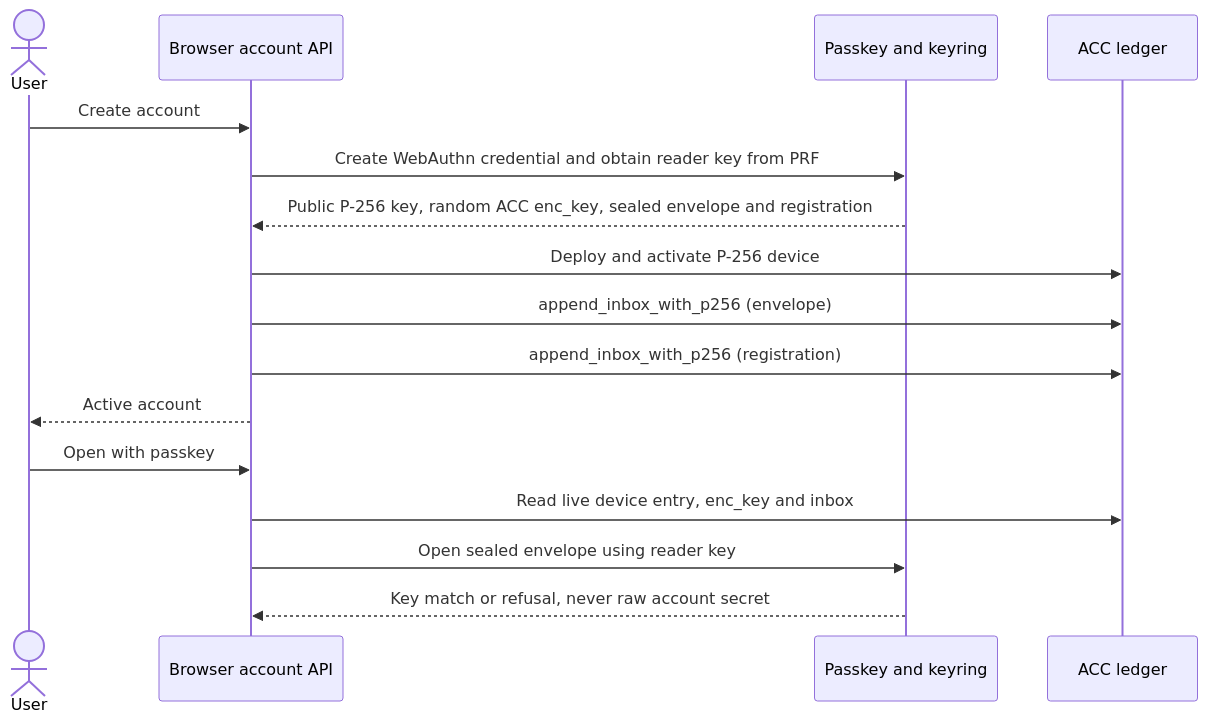
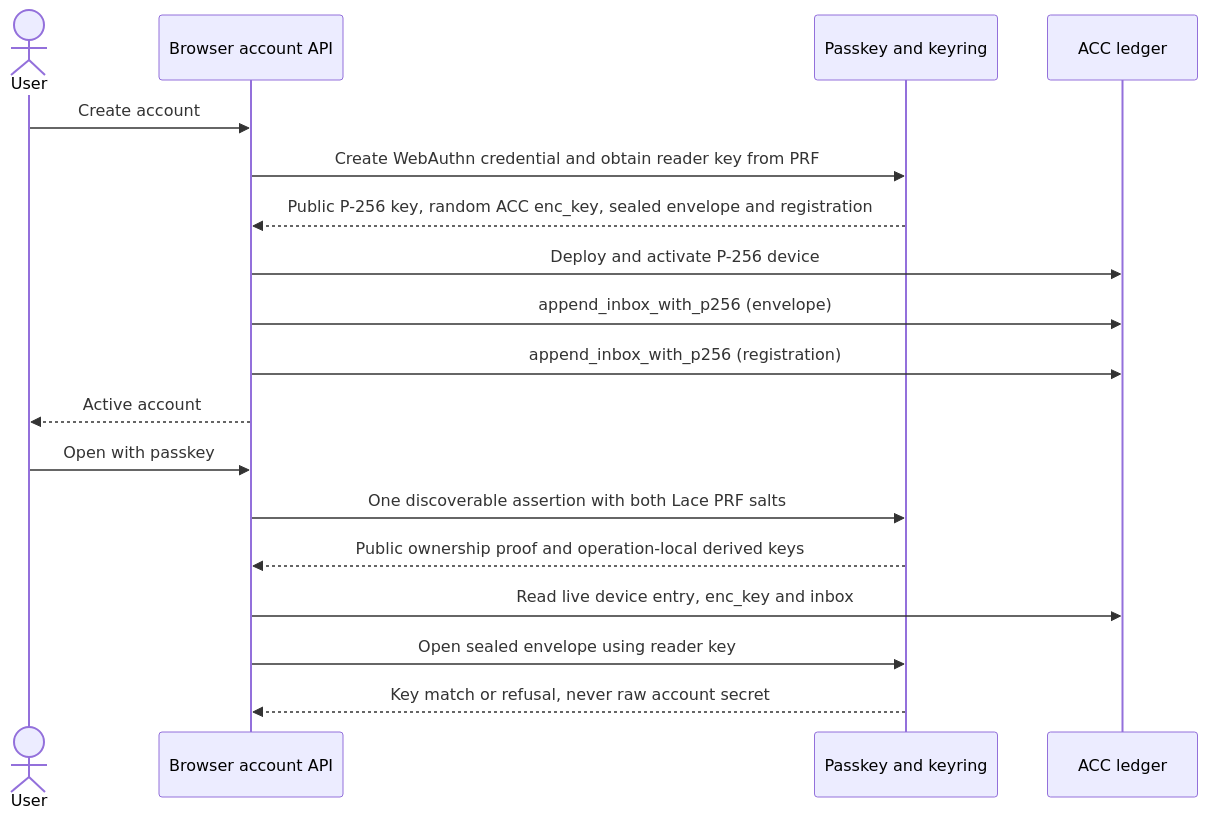
The first of 6 diagrams in docs/prototype/flows.md (input-output-hk/midnight-passport-sdk), drawn with Mermaid before and after one commit. The commit also changed other lines of this file and 25 other files, not shown here.

Commit message:
fix(webauthn): combine account login and PRF in one assertion

````diff
--- a/docs/prototype/flows.md
+++ b/docs/prototype/flows.md
@@ -16,18 +16,20 @@
 ```mermaid
 sequenceDiagram
   actor U as User
   participant P as Browser account API
   participant K as Passkey and keyring
   participant C as ACC ledger
   U->>P: Create account
   P->>K: Create WebAuthn credential and obtain reader key from PRF
   K-->>P: Public P-256 key, random ACC enc_key, sealed envelope and registration
   P->>C: Deploy and activate P-256 device
   P->>C: append_inbox_with_p256 (envelope)
   P->>C: append_inbox_with_p256 (registration)
   P-->>U: Active account
   U->>P: Open with passkey
+  P->>K: One discoverable assertion with both Lace PRF salts
+  K-->>P: Public ownership proof and operation-local derived keys
   P->>C: Read live device entry, enc_key and inbox
   P->>K: Open sealed envelope using reader key
   K-->>P: Key match or refusal, never raw account secret
 ```
````
